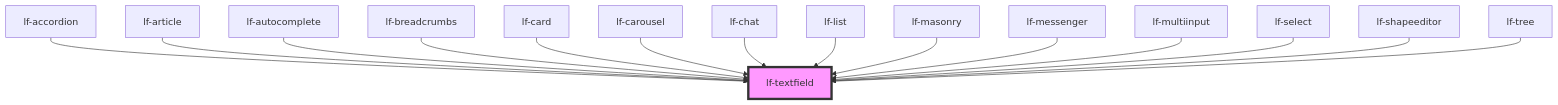
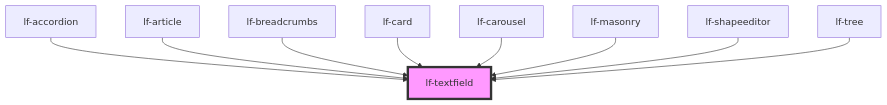
Before and after one commit to lucafoscili/lf-widgets: the diagram in packages/core/src/components/lf-textfield/readme.md, drawn with Mermaid. The commit also changed other lines of this file and 96 other files, not shown here.

````diff
--- a/packages/core/src/components/lf-textfield/readme.md
+++ b/packages/core/src/components/lf-textfield/readme.md
@@ -195,18 +189,12 @@
 ```mermaid
 graph TD;
   lf-accordion --> lf-textfield
   lf-article --> lf-textfield
-  lf-autocomplete --> lf-textfield
   lf-breadcrumbs --> lf-textfield
   lf-card --> lf-textfield
   lf-carousel --> lf-textfield
-  lf-chat --> lf-textfield
-  lf-list --> lf-textfield
   lf-masonry --> lf-textfield
-  lf-messenger --> lf-textfield
-  lf-multiinput --> lf-textfield
-  lf-select --> lf-textfield
   lf-shapeeditor --> lf-textfield
   lf-tree --> lf-textfield
   style lf-textfield fill:#f9f,stroke:#333,stroke-width:4px
 ```
````
